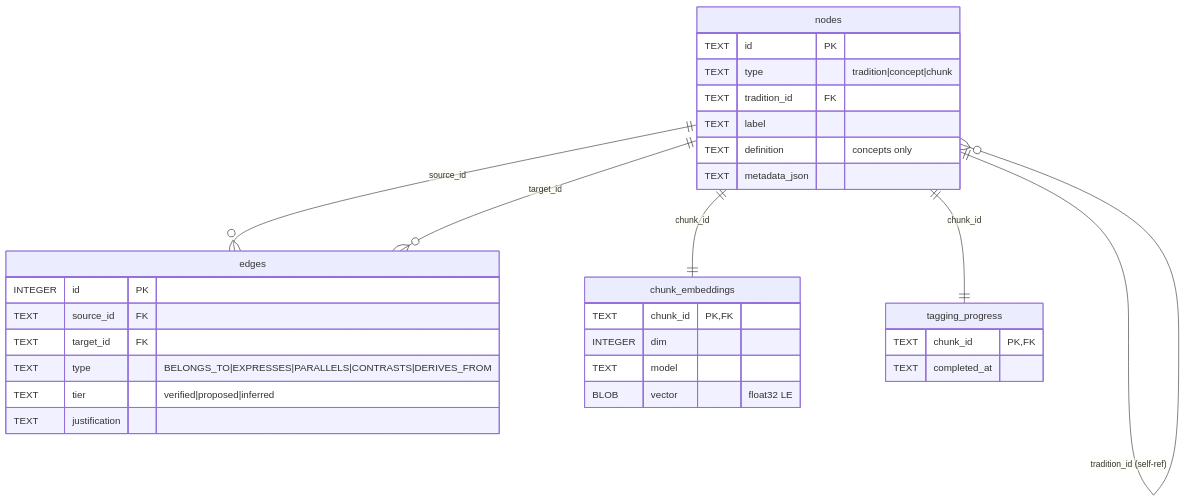
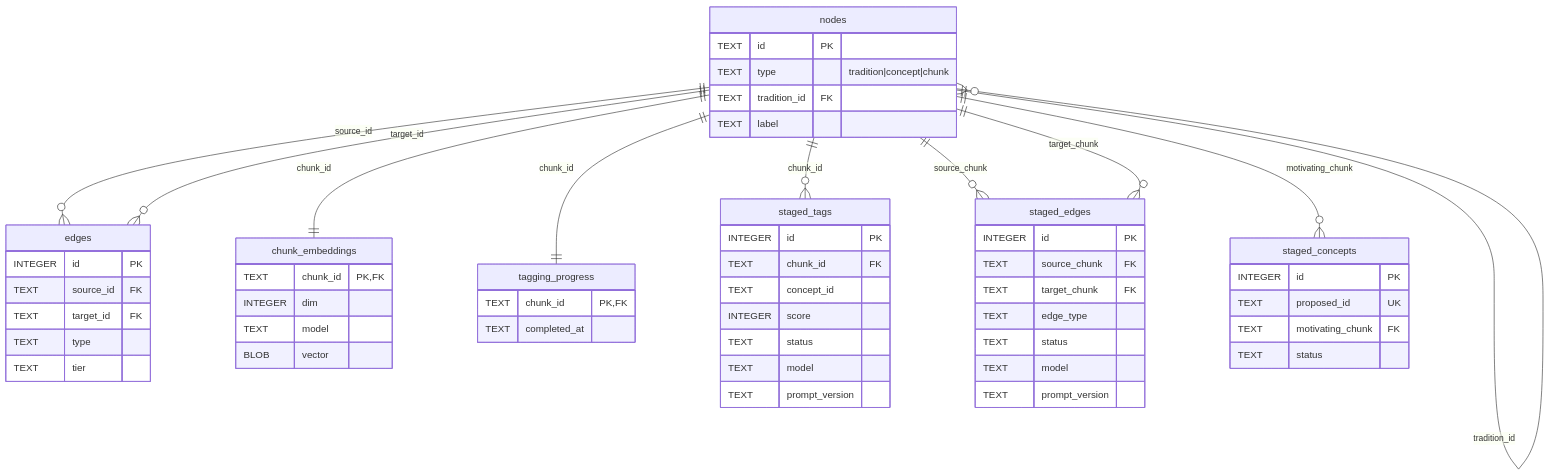
Before and after one commit to 4-R-C-4-N-4/guru: the first of 4 diagrams in docs/concept-hierarchy/schema-diagrams.md, drawn with Mermaid. The commit also changed other lines of this file and 10 other files, not shown here.

First line of the commit message:
concept-hierarchy: four whole-DB diagrams instead of six sub-diagrams

````diff
--- a/docs/concept-hierarchy/schema-diagrams.md
+++ b/docs/concept-hierarchy/schema-diagrams.md
@@ -21,38 +13,66 @@
 ```mermaid
 erDiagram
     nodes {
         TEXT id PK
         TEXT type "tradition|concept|chunk"
         TEXT tradition_id FK
         TEXT label
-        TEXT definition "concepts only"
-        TEXT metadata_json
     }
 
     edges {
         INTEGER id PK
         TEXT source_id FK
         TEXT target_id FK
-        TEXT type "BELONGS_TO|EXPRESSES|PARALLELS|CONTRASTS|DERIVES_FROM"
-        TEXT tier "verified|proposed|inferred"
-        TEXT justification
+        TEXT type
+        TEXT tier
     }
 
     chunk_embeddings {
         TEXT chunk_id PK, FK
         INTEGER dim
         TEXT model
-        BLOB vector "float32 LE"
+        BLOB vector
     }
 
     tagging_progress {
         TEXT chunk_id PK, FK
         TEXT completed_at
     }
 
-    nodes ||--o{ nodes : "tradition_id (self-ref)"
+    staged_tags {
+        INTEGER id PK
+        TEXT chunk_id FK
+        TEXT concept_id
+        INTEGER score
+        TEXT status
+        TEXT model
+        TEXT prompt_version
+    }
+
+    staged_edges {
+        INTEGER id PK
+        TEXT source_chunk FK
+        TEXT target_chunk FK
+        TEXT edge_type
+        TEXT status
+        TEXT model
+        TEXT prompt_version
+    }
+
+    staged_concepts {
+        INTEGER id PK
+        TEXT proposed_id UK
+        TEXT motivating_chunk FK
+        TEXT status
+    }
+
+    nodes ||--o{ nodes : "tradition_id"
     nodes ||--o{ edges : "source_id"
     nodes ||--o{ edges : "target_id"
     nodes ||--|| chunk_embeddings : "chunk_id"
     nodes ||--|| tagging_progress : "chunk_id"
+    nodes ||--o{ staged_tags : "chunk_id"
+    nodes ||--o{ staged_edges : "source_chunk"
+    nodes ||--o{ staged_edges : "target_chunk"
+    nodes ||--o{ staged_concepts : "motivating_chunk"
 ```
````
